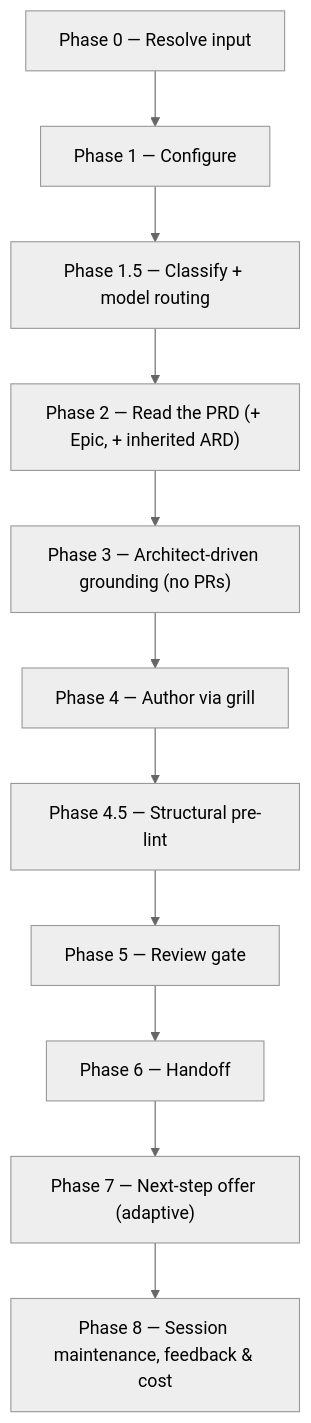
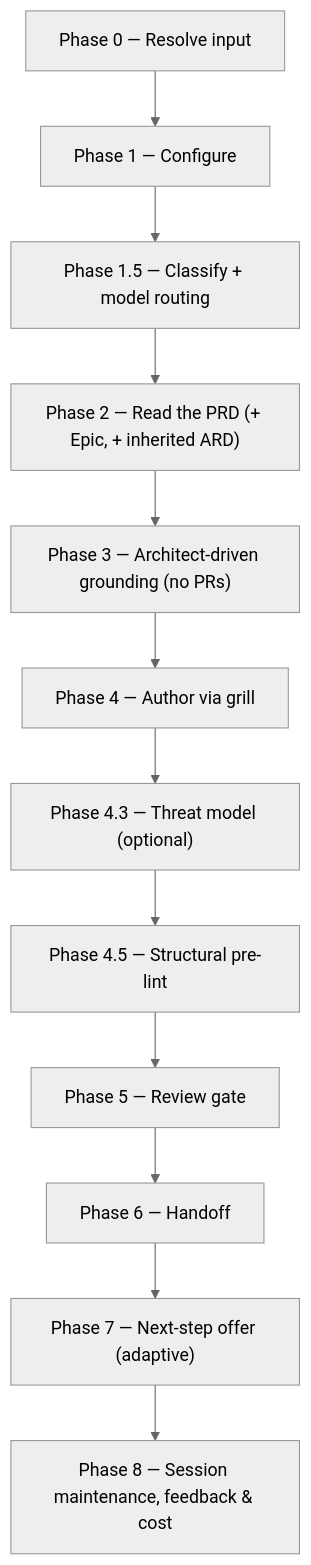
Before and after one commit to ihudak/ai-workflows: the diagram in plugins/product-workflows/docs/commands/create-ard.md, drawn with Mermaid (neutral theme). The commit also changed other lines of this file and 7 other files, not shown here.

First line of the commit message:
docs(sec-g2): the threat model on every page that names /create-ard's output

````diff
--- a/plugins/product-workflows/docs/commands/create-ard.md
+++ b/plugins/product-workflows/docs/commands/create-ard.md
@@ -23,13 +23,14 @@
 ```mermaid
 flowchart TD
     p0["Phase 0 — Resolve input"] --> p1["Phase 1 — Configure"]
     p1 --> p15["Phase 1.5 — Classify + model routing"]
     p15 --> p2["Phase 2 — Read the PRD (+ Epic, + inherited ARD)"]
     p2 --> p3["Phase 3 — Architect-driven grounding (no PRs)"]
     p3 --> p4["Phase 4 — Author via grill"]
-    p4 --> p45["Phase 4.5 — Structural pre-lint"]
+    p4 --> p43["Phase 4.3 — Threat model (optional)"]
+    p43 --> p45["Phase 4.5 — Structural pre-lint"]
     p45 --> p5["Phase 5 — Review gate"]
     p5 --> p6["Phase 6 — Handoff"]
     p6 --> p7["Phase 7 — Next-step offer (adaptive)"]
     p7 --> p8["Phase 8 — Session maintenance, feedback & cost"]
 ```
````
